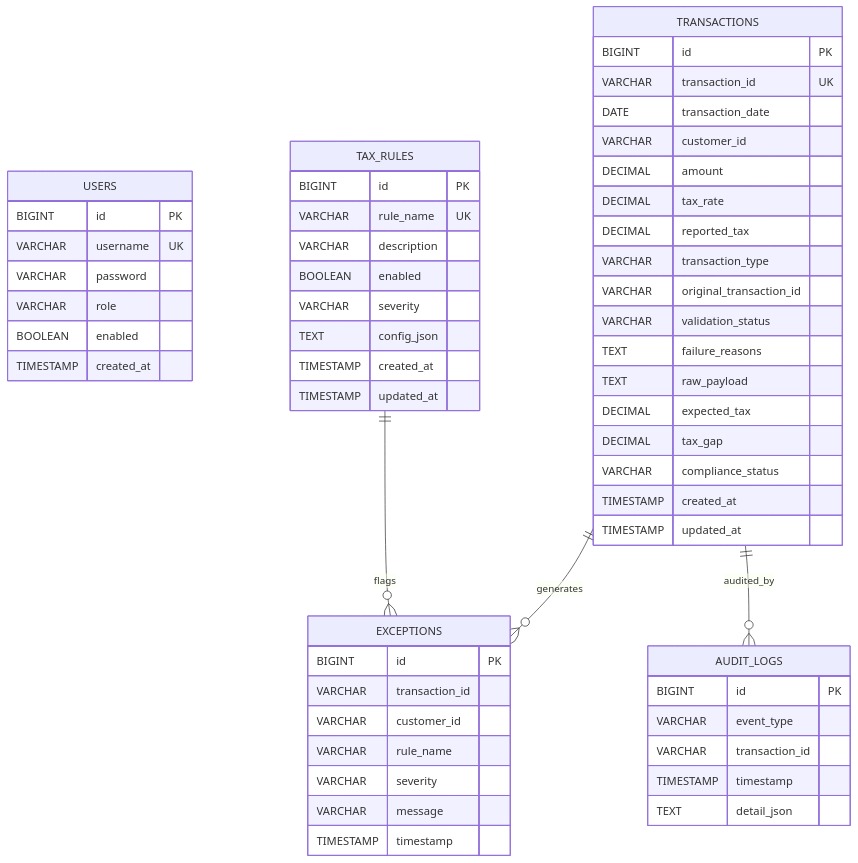
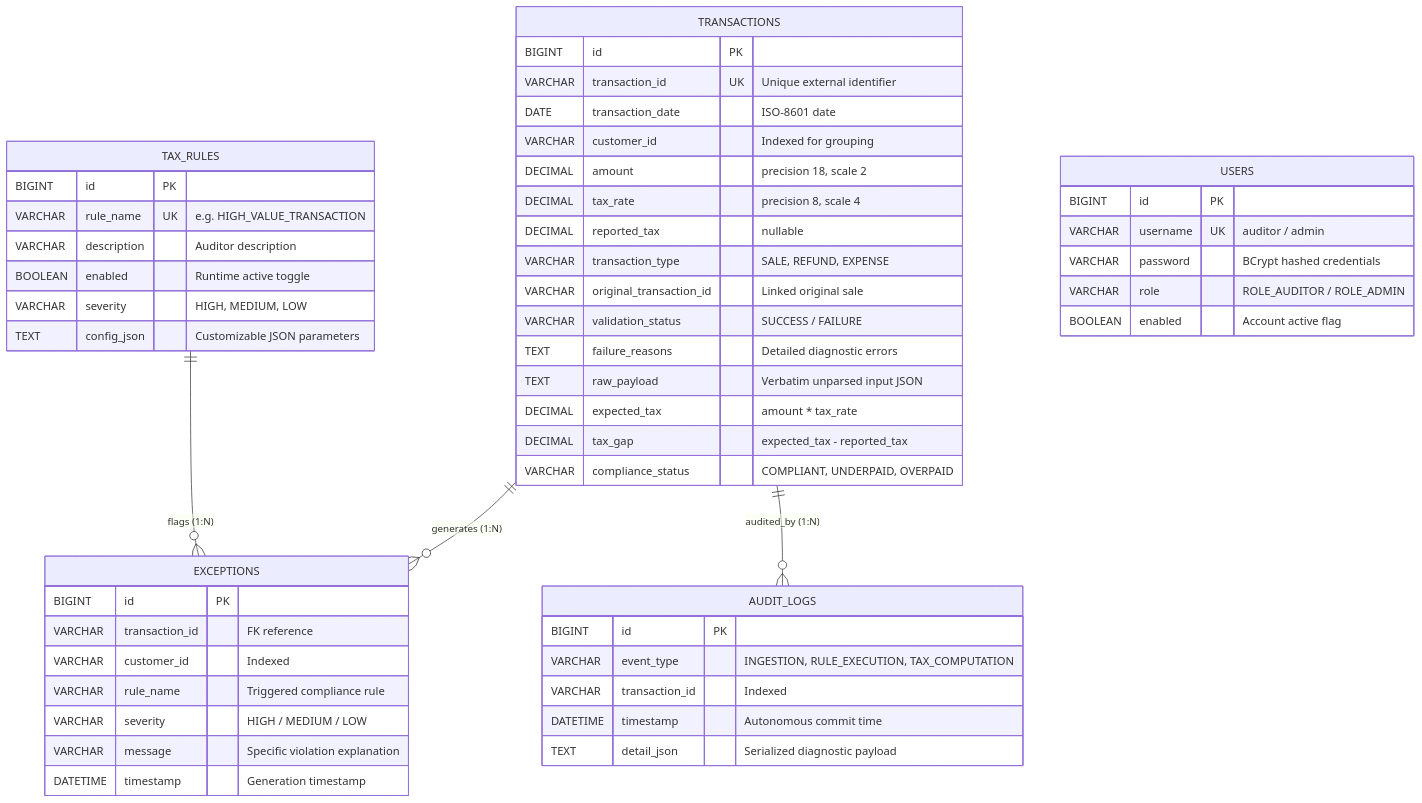
The diagram in README.md (Abhishekkkkkkkkkkk/tax-gap-detection-service), drawn with Mermaid before and after one commit. The commit also changed other lines of this file, not shown here.

````diff
--- a/README.md
+++ b/README.md
@@ -116,64 +274,59 @@
 ```mermaid
 erDiagram
-    USERS {
+    TRANSACTIONS ||--o{ EXCEPTIONS : "generates (1:N)"
+    TRANSACTIONS ||--o{ AUDIT_LOGS : "audited_by (1:N)"
+    TAX_RULES ||--o{ EXCEPTIONS : "flags (1:N)"
+
+    TRANSACTIONS {
         BIGINT id PK
-        VARCHAR username UK
-        VARCHAR password
-        VARCHAR role
-        BOOLEAN enabled
-        TIMESTAMP created_at
+        VARCHAR transaction_id UK "Unique external identifier"
+        DATE transaction_date "ISO-8601 date"
+        VARCHAR customer_id "Indexed for grouping"
+        DECIMAL amount "precision 18, scale 2"
+        DECIMAL tax_rate "precision 8, scale 4"
+        DECIMAL reported_tax "nullable"
+        VARCHAR transaction_type "SALE, REFUND, EXPENSE"
+        VARCHAR original_transaction_id "Linked original sale"
+        VARCHAR validation_status "SUCCESS / FAILURE"
+        TEXT failure_reasons "Detailed diagnostic errors"
+        TEXT raw_payload "Verbatim unparsed input JSON"
+        DECIMAL expected_tax "amount * tax_rate"
+        DECIMAL tax_gap "expected_tax - reported_tax"
+        VARCHAR compliance_status "COMPLIANT, UNDERPAID, OVERPAID"
     }
 
     TAX_RULES {
         BIGINT id PK
-        VARCHAR rule_name UK
-        VARCHAR description
-        BOOLEAN enabled
-        VARCHAR severity
-        TEXT config_json
-        TIMESTAMP created_at
-        TIMESTAMP updated_at
-    }
-
-    TRANSACTIONS {
-        BIGINT id PK
-        VARCHAR transaction_id UK
-        DATE transaction_date
-        VARCHAR customer_id
-        DECIMAL amount
-        DECIMAL tax_rate
-        DECIMAL reported_tax
-        VARCHAR transaction_type
-        VARCHAR original_transaction_id
-        VARCHAR validation_status
-        TEXT failure_reasons
-        TEXT raw_payload
-        DECIMAL expected_tax
-        DECIMAL tax_gap
-        VARCHAR compliance_status
-        TIMESTAMP created_at
-        TIMESTAMP updated_at
+        VARCHAR rule_name UK "e.g. HIGH_VALUE_TRANSACTION"
+        VARCHAR description "Auditor description"
+        BOOLEAN enabled "Runtime active toggle"
+        VARCHAR severity "HIGH, MEDIUM, LOW"
+        TEXT config_json "Customizable JSON parameters"
     }
 
     EXCEPTIONS {
         BIGINT id PK
-        VARCHAR transaction_id
-        VARCHAR customer_id
-        VARCHAR rule_name
-        VARCHAR severity
-        VARCHAR message
-        TIMESTAMP timestamp
+        VARCHAR transaction_id "FK reference"
+        VARCHAR customer_id "Indexed"
+        VARCHAR rule_name "Triggered compliance rule"
+        VARCHAR severity "HIGH / MEDIUM / LOW"
+        VARCHAR message "Specific violation explanation"
+        DATETIME timestamp "Generation timestamp"
     }
 
     AUDIT_LOGS {
         BIGINT id PK
-        VARCHAR event_type
-        VARCHAR transaction_id
-        TIMESTAMP timestamp
-        TEXT detail_json
+        VARCHAR event_type "INGESTION, RULE_EXECUTION, TAX_COMPUTATION"
+        VARCHAR transaction_id "Indexed"
+        DATETIME timestamp "Autonomous commit time"
+        TEXT detail_json "Serialized diagnostic payload"
     }
 
-    TRANSACTIONS ||--o{ EXCEPTIONS : "generates"
-    TRANSACTIONS ||--o{ AUDIT_LOGS : "audited_by"
-    TAX_RULES ||--o{ EXCEPTIONS : "flags"
+    USERS {
+        BIGINT id PK
+        VARCHAR username UK "auditor / admin"
+        VARCHAR password "BCrypt hashed credentials"
+        VARCHAR role "ROLE_AUDITOR / ROLE_ADMIN"
+        BOOLEAN enabled "Account active flag"
+    }
 ```
````
